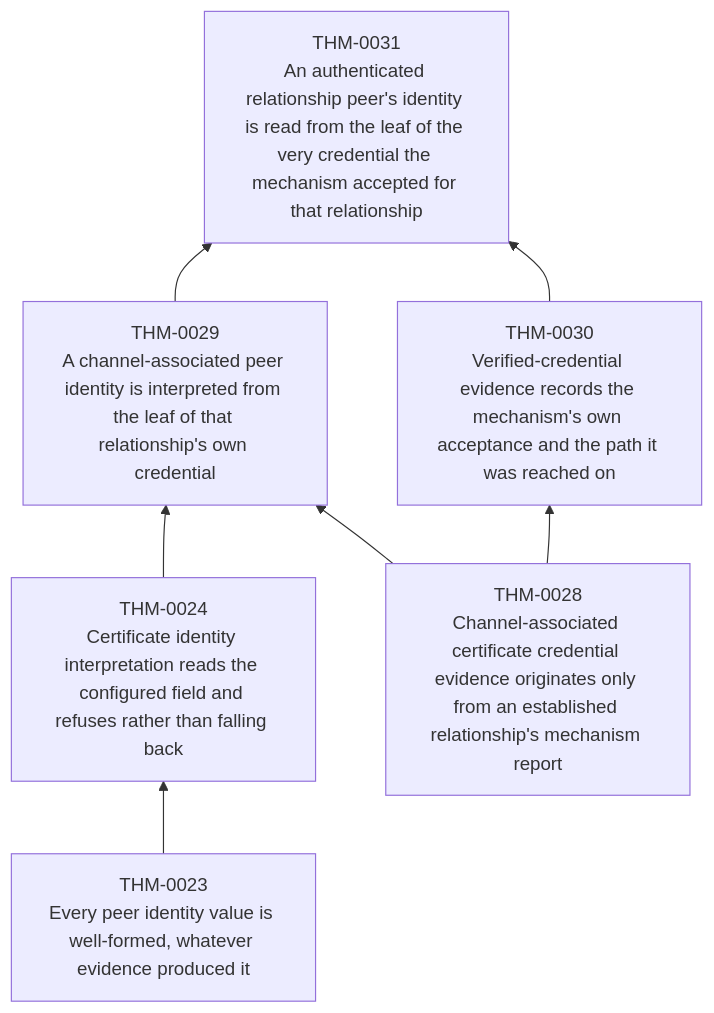
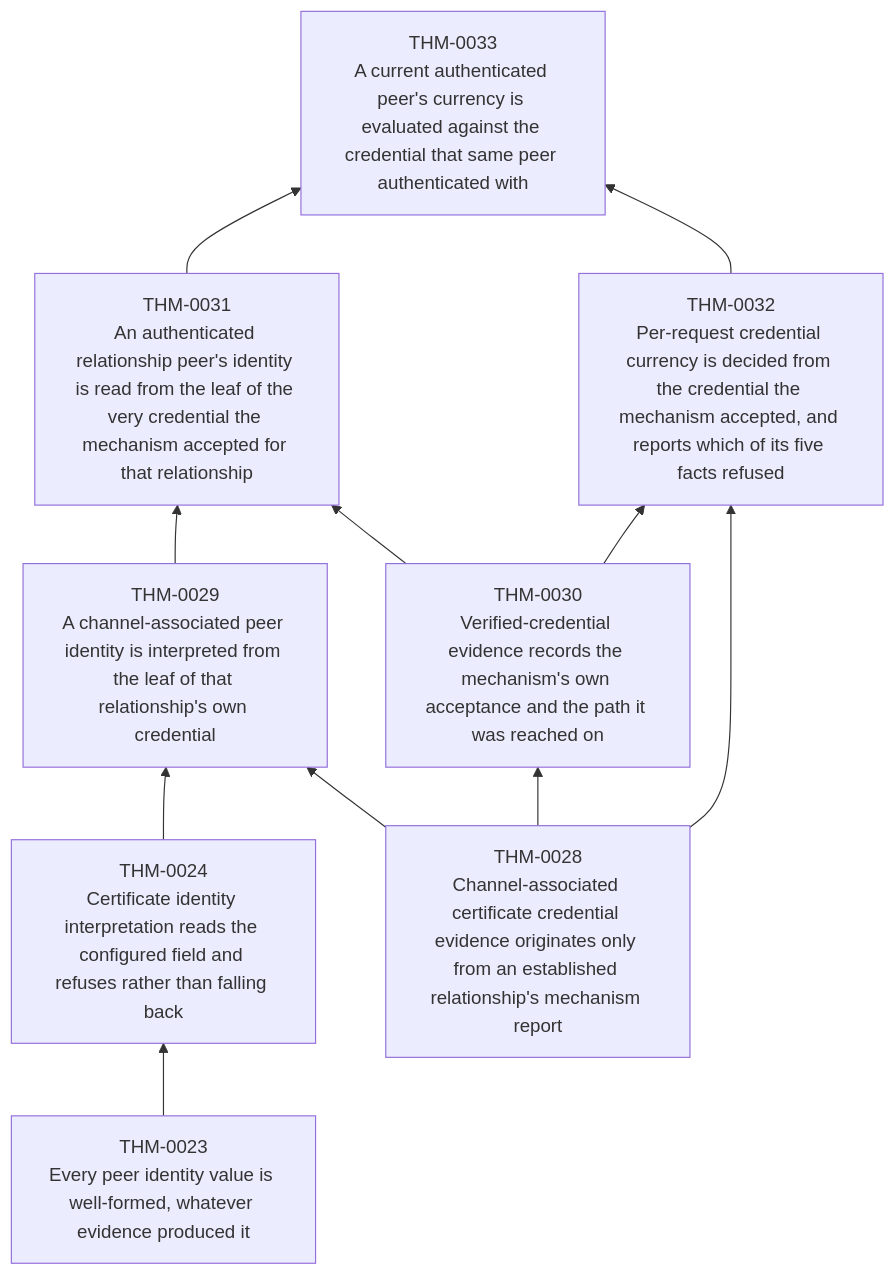
Before and after one commit to matssun/mcp-re: the tenth of 11 diagrams in verification/generated/theorem-dependencies.md, drawn with Mermaid. The commit also changed 22 other files, not shown here.

````diff
--- a/verification/generated/theorem-dependencies.md
+++ b/verification/generated/theorem-dependencies.md
@@ -106,15 +106,21 @@
 ```mermaid
 graph BT
     THM_0023["THM-0023<br/>Every peer identity value is well-formed, whatever evidence produced it"]
     THM_0024["THM-0024<br/>Certificate identity interpretation reads the configured field and refuses rather than falling back"]
     THM_0028["THM-0028<br/>Channel-associated certificate credential evidence originates only from an established relationship's mechanism report"]
     THM_0029["THM-0029<br/>A channel-associated peer identity is interpreted from the leaf of that relationship's own credential"]
     THM_0030["THM-0030<br/>Verified-credential evidence records the mechanism's own acceptance and the path it was reached on"]
     THM_0031["THM-0031<br/>An authenticated relationship peer's identity is read from the leaf of the very credential the mechanism accepted for that relationship"]
+    THM_0032["THM-0032<br/>Per-request credential currency is decided from the credential the mechanism accepted, and reports which of its five facts refused"]
+    THM_0033["THM-0033<br/>A current authenticated peer's currency is evaluated against the credential that same peer authenticated with"]
     THM_0023 --> THM_0024
     THM_0024 --> THM_0029
     THM_0028 --> THM_0029
     THM_0028 --> THM_0030
     THM_0029 --> THM_0031
     THM_0030 --> THM_0031
+    THM_0028 --> THM_0032
+    THM_0030 --> THM_0032
+    THM_0031 --> THM_0033
+    THM_0032 --> THM_0033
 ```
````
